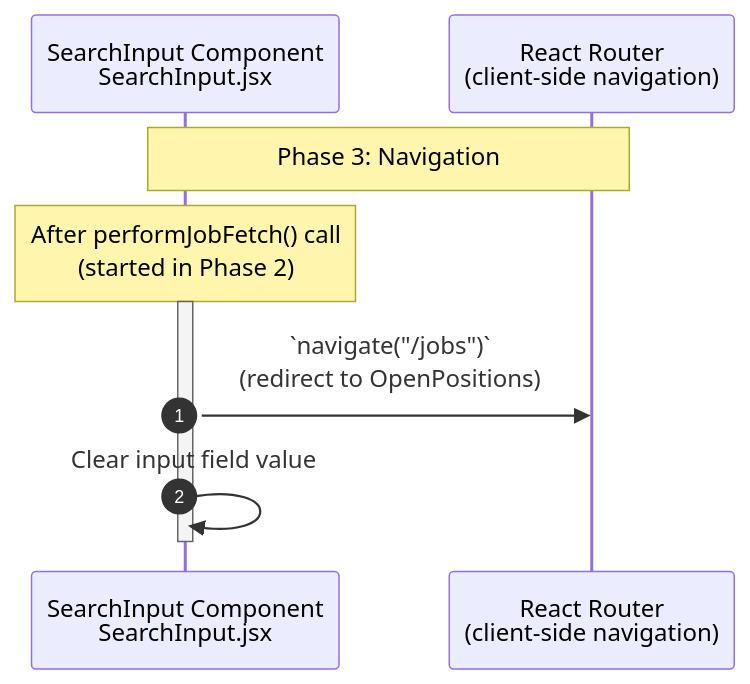
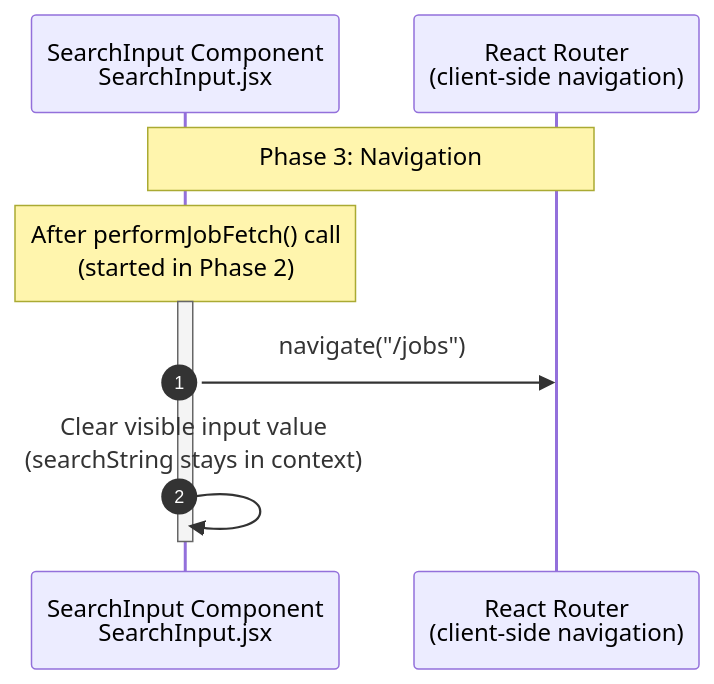
One commit to YahyaAl-Ademi/2025.10.23-JobCompass changed the diagram in documentation/jobFetch/3.Navigation.md. Above: the diagram before and after it, drawn with Mermaid. The commit also changed 14 other files, not shown here.

Commit message:
Refactor job fetch documentation: Update background scraper fetch, database caching, travel details, and response delivery processes; enhance flowchart for clarity and accuracy.

````diff
--- a/documentation/jobFetch/3.Navigation.md
+++ b/documentation/jobFetch/3.Navigation.md
@@ -7,14 +7,14 @@
 ```mermaid
 sequenceDiagram
     autonumber
     %% File path: SearchInput: client/src/components/SearchInput/SearchInput.jsx
     participant SearchInput as SearchInput Component<br/>SearchInput.jsx
     participant Router as React Router<br/>(client-side navigation)
 
     Note over SearchInput,Router: Phase 3: Navigation
     Note over SearchInput: After performJobFetch() call<br/>(started in Phase 2)
     activate SearchInput
-    SearchInput->>Router: `navigate("/jobs")`<br/>(redirect to OpenPositions)
-    SearchInput->>SearchInput: Clear input field value
+    SearchInput->>Router: navigate("/jobs")
+    SearchInput->>SearchInput: Clear visible input value<br/>(searchString stays in context)
     deactivate SearchInput
 ```
````
